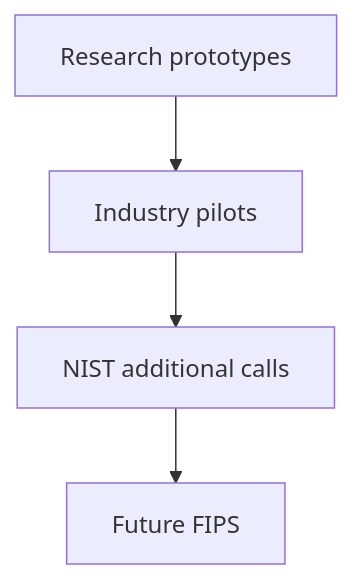
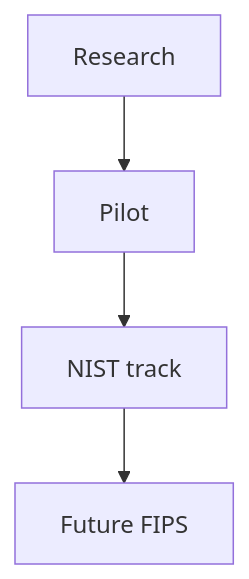
One commit to kalyogyogi-ui/Ai-check- changed the first of 2 diagrams in manuscript/chapters/22-future-directions.md. Above: the diagram before and after it, drawn with Mermaid. The commit also changed other lines of this file and 31 other files, not shown here.

First line of the commit message:
Fix figure placement: in-section after intro text, repair corrupted headings

````diff
--- a/manuscript/chapters/22-future-directions.md
+++ b/manuscript/chapters/22-future-directions.md
@@ -7,6 +20,6 @@
 ```mermaid
 flowchart TD
-  R[Research prototypes] --> E[Industry pilots]
-  E --> N[NIST additional calls]
+  R[Research] --> P[Pilot]
+  P --> N[NIST track]
   N --> F[Future FIPS]
 ```
````
